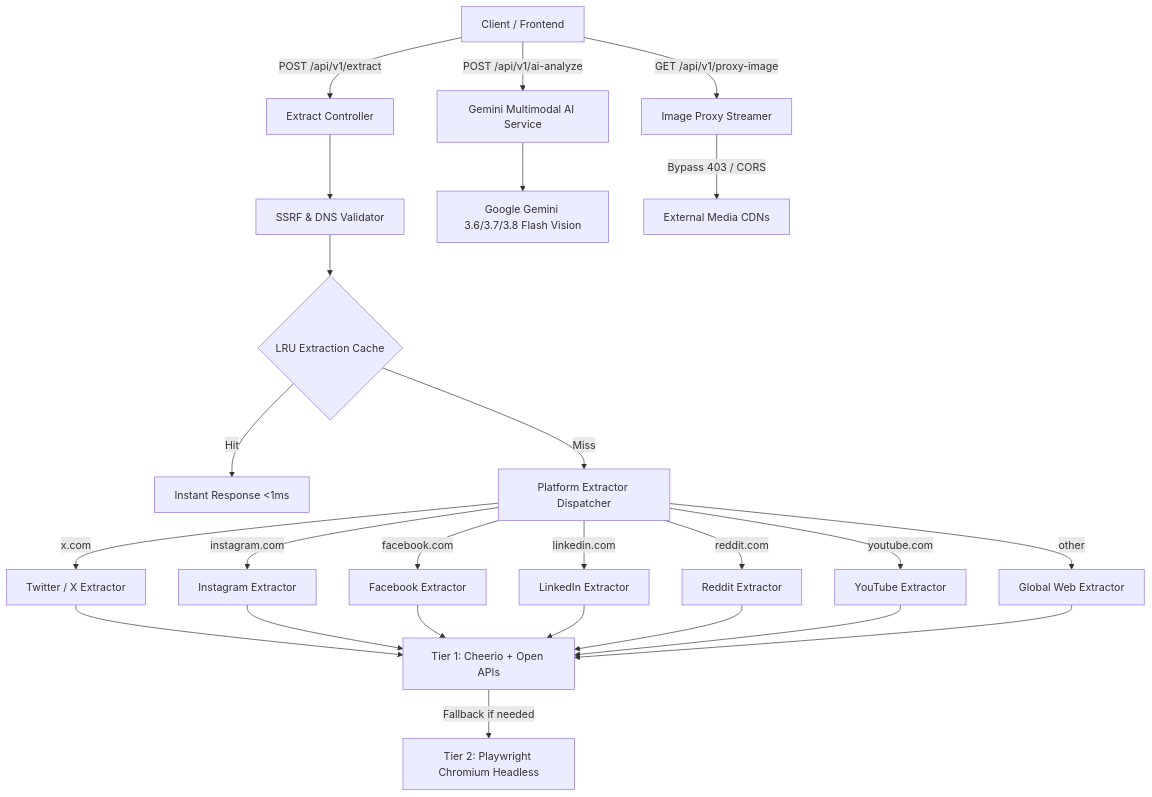
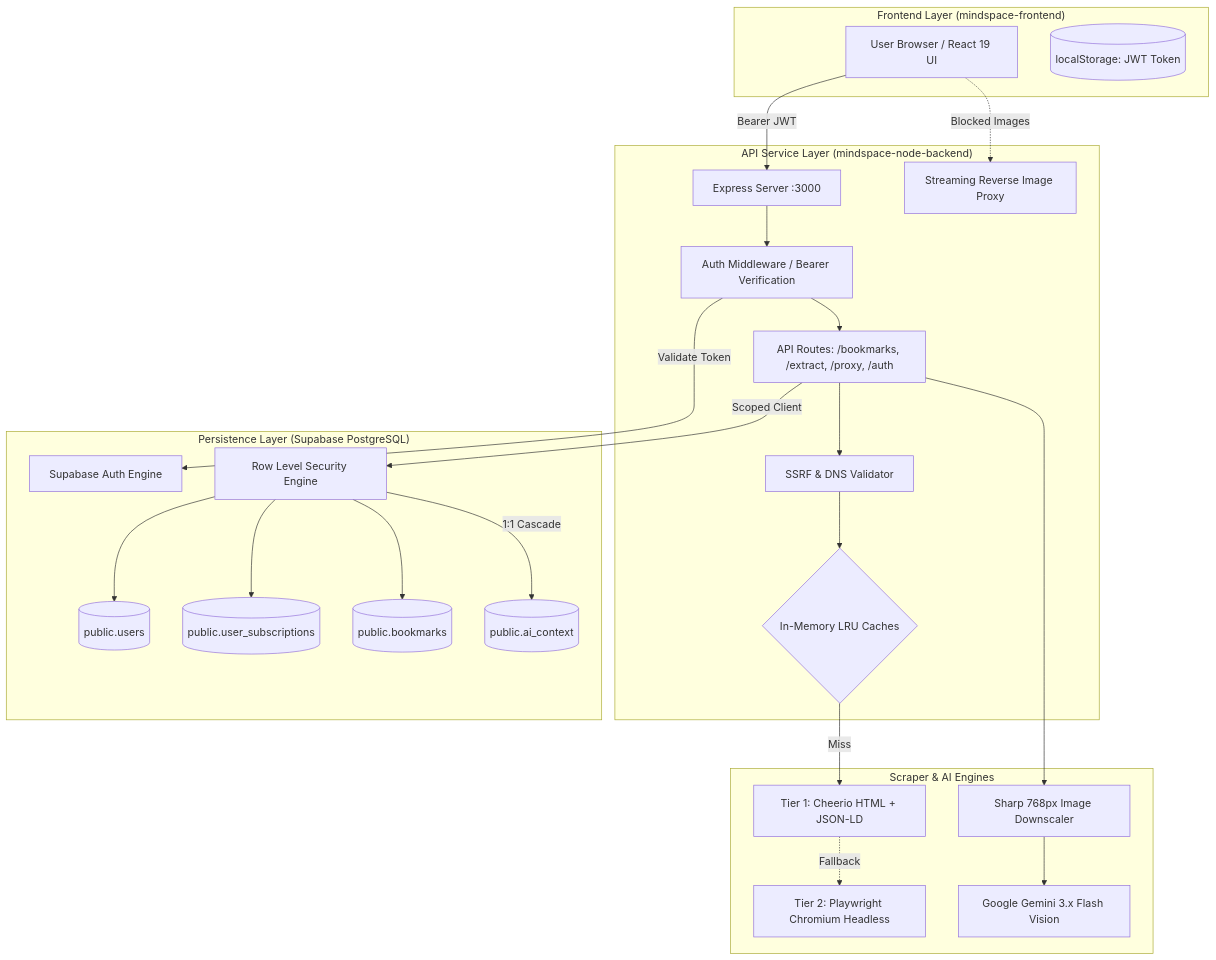
One commit to vaddadi-abhishek/Link-Web-Scrapper changed the first of 2 diagrams in README.md. Above: the diagram before and after it, drawn with Mermaid. The commit also changed other lines of this file and 16 other files, not shown here.

````diff
--- a/README.md
+++ b/README.md
@@ -30,25 +140,49 @@
 ```mermaid
-flowchart TD
-    Client[Client / Frontend] -->|POST /api/v1/extract| Controller[Extract Controller]
-    Controller --> SSRF[SSRF & DNS Validator]
-    SSRF --> Cache{LRU Extraction Cache}
-    Cache -->|Hit| FastReturn[Instant Response <1ms]
-    Cache -->|Miss| Dispatcher[Platform Extractor Dispatcher]
+graph TB
+    subgraph Client ["Frontend Layer (mindspace-frontend)"]
+        Browser[User Browser / React 19 UI]
+        TokenStorage[(localStorage: JWT Token)]
+    end
 
-    Dispatcher -->|x.com| Twitter[Twitter / X Extractor]
-    Dispatcher -->|instagram.com| IG[Instagram Extractor]
-    Dispatcher -->|facebook.com| FB[Facebook Extractor]
-    Dispatcher -->|linkedin.com| LI[LinkedIn Extractor]
-    Dispatcher -->|reddit.com| Reddit[Reddit Extractor]
-    Dispatcher -->|youtube.com| YT[YouTube Extractor]
-    Dispatcher -->|other| Global[Global Web Extractor]
+    subgraph Gateway ["API Service Layer (mindspace-node-backend)"]
+        Server[Express Server :3000]
+        AuthMW[Auth Middleware / Bearer Verification]
+        Router[API Routes: /bookmarks, /extract, /proxy, /auth]
+        SSRF[SSRF & DNS Validator]
+        LRUCache{In-Memory LRU Caches}
+        Proxy[Streaming Reverse Image Proxy]
+    end
 
-    Twitter & IG & FB & LI & Reddit & YT & Global --> Cheerio[Tier 1: Cheerio + Open APIs]
-    Cheerio -->|Fallback if needed| Playwright[Tier 2: Playwright Chromium Headless]
+    subgraph Scraping ["Scraper & AI Engines"]
+        Cheerio[Tier 1: Cheerio HTML + JSON-LD]
+        Playwright[Tier 2: Playwright Chromium Headless]
+        Sharp[Sharp 768px Image Downscaler]
+        Gemini[Google Gemini 3.x Flash Vision]
+    end
 
-    Client -->|POST /api/v1/ai-analyze| AI[Gemini Multimodal AI Service]
-    AI --> Gemini[Google Gemini 3.6/3.7/3.8 Flash Vision]
+    subgraph SupabaseDB ["Persistence Layer (Supabase PostgreSQL)"]
+        AuthDB[Supabase Auth Engine]
+        RLS[Row Level Security Engine]
+        T_Users[(public.users)]
+        T_Subs[(public.user_subscriptions)]
+        T_Bookmarks[(public.bookmarks)]
+        T_AI[(public.ai_context)]
+    end
 
-    Client -->|GET /api/v1/proxy-image| Proxy[Image Proxy Streamer]
-    Proxy -->|Bypass 403 / CORS| RemoteCDN[External Media CDNs]
+    Browser -- Bearer JWT --> Server
+    Server --> AuthMW
+    AuthMW -- Validate Token --> AuthDB
+    AuthMW --> Router
+    Router --> SSRF
+    SSRF --> LRUCache
+    LRUCache -- Miss --> Cheerio
+    Cheerio -. Fallback .-> Playwright
+    Router --> Sharp
+    Sharp --> Gemini
+    Router -- Scoped Client --> RLS
+    RLS --> T_Users
+    RLS --> T_Subs
+    RLS --> T_Bookmarks
+    RLS -- 1:1 Cascade --> T_AI
+    Browser -. Blocked Images .-> Proxy
 ```
````
